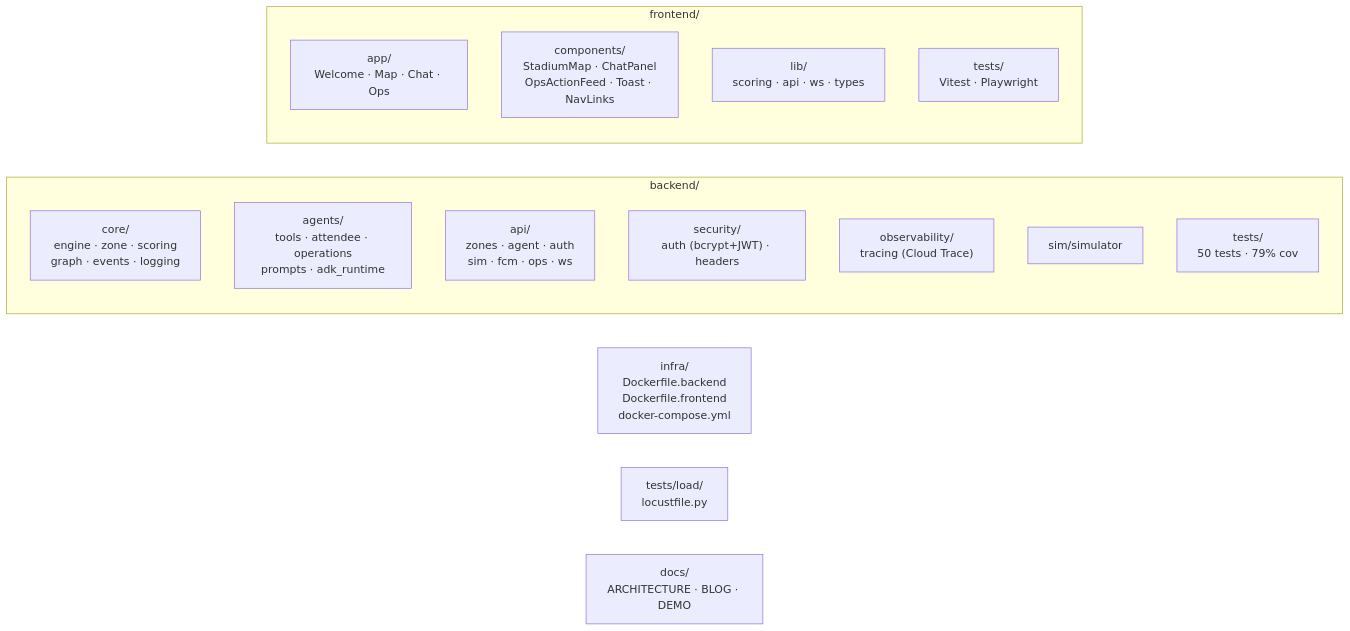
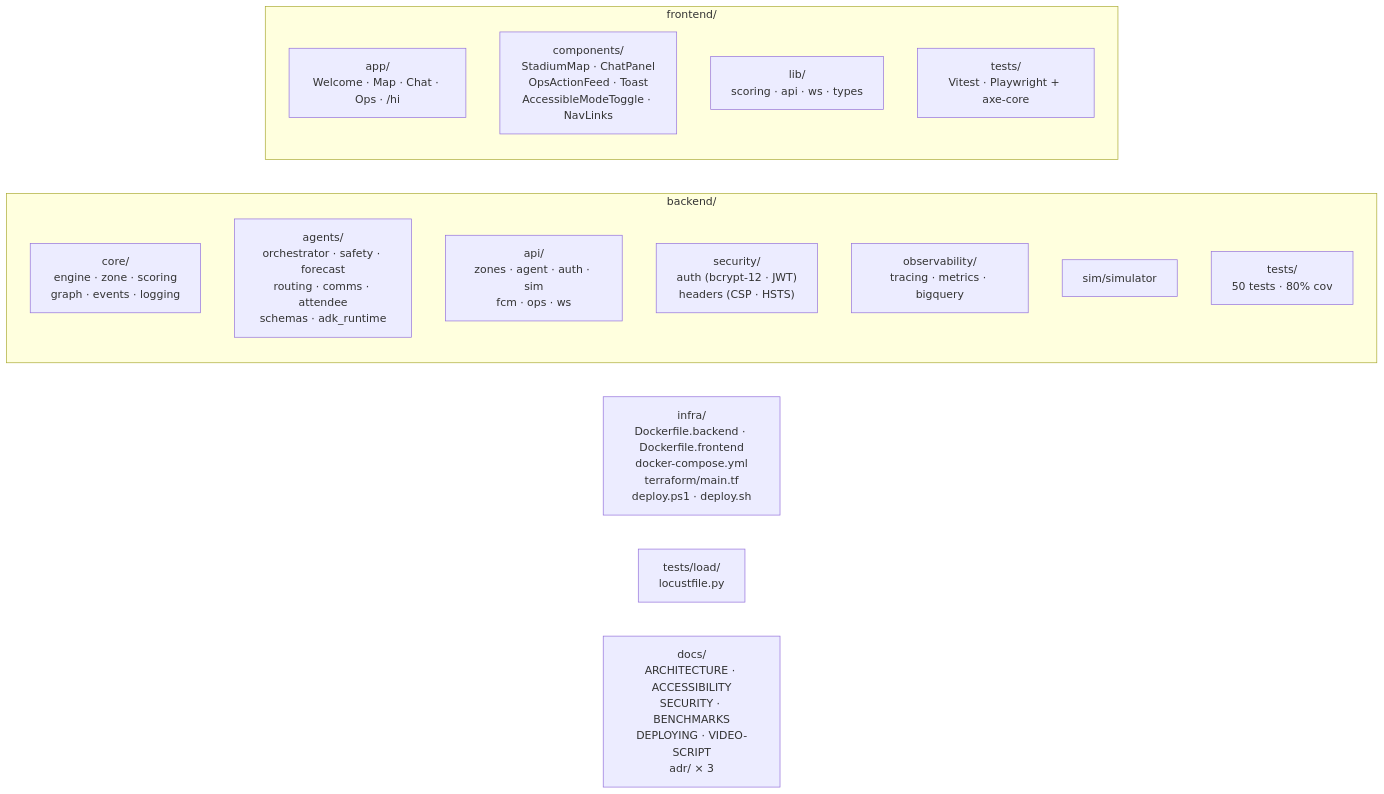
Before and after one commit to shri-ram07/FlowPulse: the sixth of 6 diagrams in README.md, drawn with Mermaid. The commit also changed other lines of this file and 69 other files, not shown here.

First line of the commit message:
feat: rank-1 upgrade — multi-agent ADK, observability, accessibility, hardening

````diff
--- a/README.md
+++ b/README.md
@@ -269,23 +279,23 @@
 ```mermaid
 flowchart LR
     subgraph BE ["backend/"]
         direction TB
         core["core/<br/>engine · zone · scoring<br/>graph · events · logging"]
-        agents["agents/<br/>tools · attendee · operations<br/>prompts · adk_runtime"]
-        api["api/<br/>zones · agent · auth<br/>sim · fcm · ops · ws"]
-        sec["security/<br/>auth (bcrypt+JWT) · headers"]
-        obs["observability/<br/>tracing (Cloud Trace)"]
+        agents["agents/<br/>orchestrator · safety · forecast<br/>routing · comms · attendee<br/>schemas · adk_runtime"]
+        api["api/<br/>zones · agent · auth · sim<br/>fcm · ops · ws"]
+        sec["security/<br/>auth (bcrypt-12 · JWT)<br/>headers (CSP · HSTS)"]
+        obs["observability/<br/>tracing · metrics · bigquery"]
         sim["sim/simulator"]
-        tst["tests/<br/>50 tests · 79% cov"]
+        tst["tests/<br/>50 tests · 80% cov"]
     end
     subgraph FE ["frontend/"]
         direction TB
-        app["app/<br/>Welcome · Map · Chat · Ops"]
-        comps["components/<br/>StadiumMap · ChatPanel<br/>OpsActionFeed · Toast · NavLinks"]
+        app["app/<br/>Welcome · Map · Chat · Ops · /hi"]
+        comps["components/<br/>StadiumMap · ChatPanel<br/>OpsActionFeed · Toast<br/>AccessibleModeToggle · NavLinks"]
         lib["lib/<br/>scoring · api · ws · types"]
-        ft["tests/<br/>Vitest · Playwright"]
+        ft["tests/<br/>Vitest · Playwright + axe-core"]
     end
-    infra["infra/<br/>Dockerfile.backend<br/>Dockerfile.frontend<br/>docker-compose.yml"]
+    infra["infra/<br/>Dockerfile.backend · Dockerfile.frontend<br/>docker-compose.yml<br/>terraform/main.tf<br/>deploy.ps1 · deploy.sh"]
     load["tests/load/<br/>locustfile.py"]
-    docs["docs/<br/>ARCHITECTURE · BLOG · DEMO"]
+    docs["docs/<br/>ARCHITECTURE · ACCESSIBILITY<br/>SECURITY · BENCHMARKS<br/>DEPLOYING · VIDEO-SCRIPT<br/>adr/ × 3"]
 ```
````
